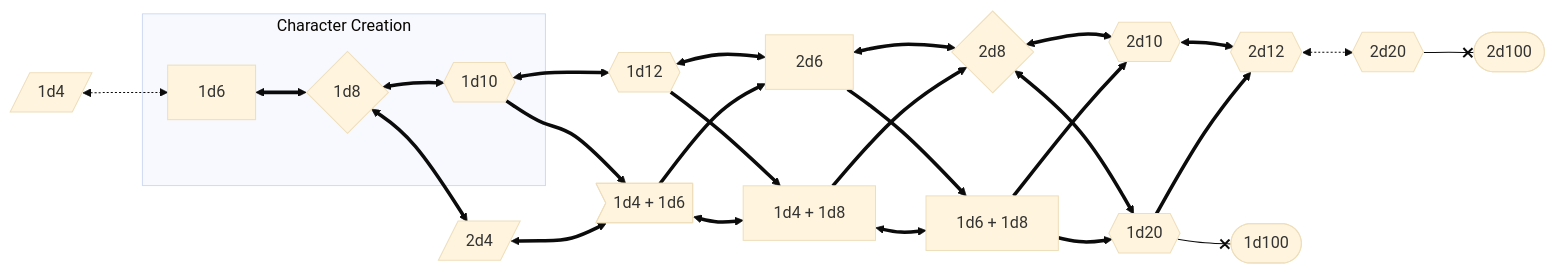
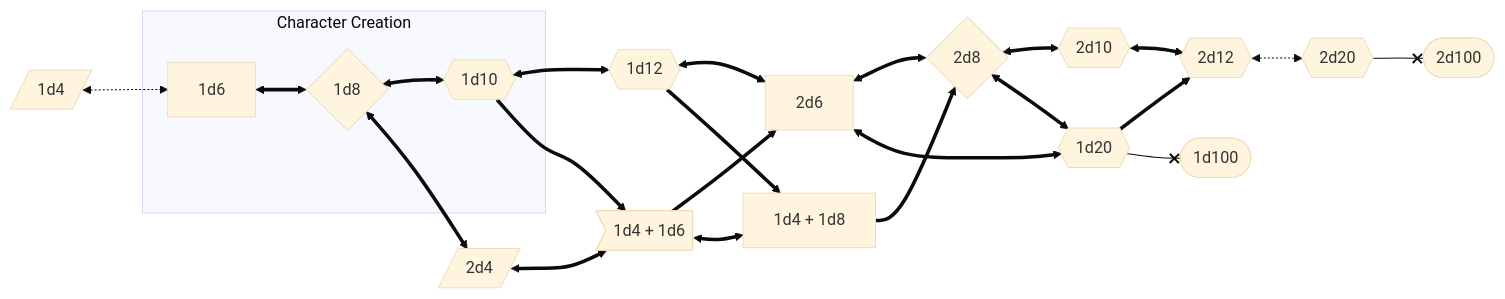
One commit to FyreByrd/Fallen-Paradise-TTRPG changed the diagram in src/routes/rules/stats.md. Above: the diagram before and after it, drawn with Mermaid (base theme). The commit also changed other lines of this file, not shown here.

````diff
--- a/src/routes/rules/stats.md
+++ b/src/routes/rules/stats.md
@@ -46,15 +46,14 @@
 ```mermaid
 flowchart LR
 plus10>1d4 + 1d6]
 plus12[1d4 + 1d8]
-plus14[1d6 + 1d8]
 1d4[/1d4/] <-.-> 1d6
 subgraph "Character Creation"
 	1d6 <==> 1d8{1d8} <==> 1d10{{1d10}} 
 end
 1d10 <==> 1d12{{1d12}} <==> 2d6 <==> 2d8{2d8} <==> 2d10{{2d10}} <==> 2d12 <-.-> 2d20{{2d20}} --x 2d100([2d100])
-plus10 ==> 2d6 ==> plus14 ==> 2d10
+plus10 ==> 2d6 <==> 1d20 ==> 2d12{{2d12}}
 1d12{{1d12}} ==> plus12 ==> 2d8{2d8} <==> 1d20{{1d20}} --x 1d100([1d100])
 1d10 ==> plus10
-1d8 <==> 2d4[/2d4/] <==> plus10 <==> plus12 <==> plus14 ==> 1d20 ==> 2d12{{2d12}}
+1d8 <==> 2d4[/2d4/] <==> plus10 <==> plus12
 ```
````
